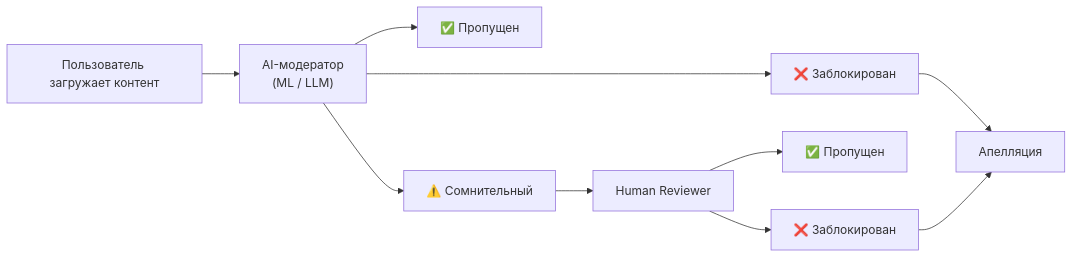
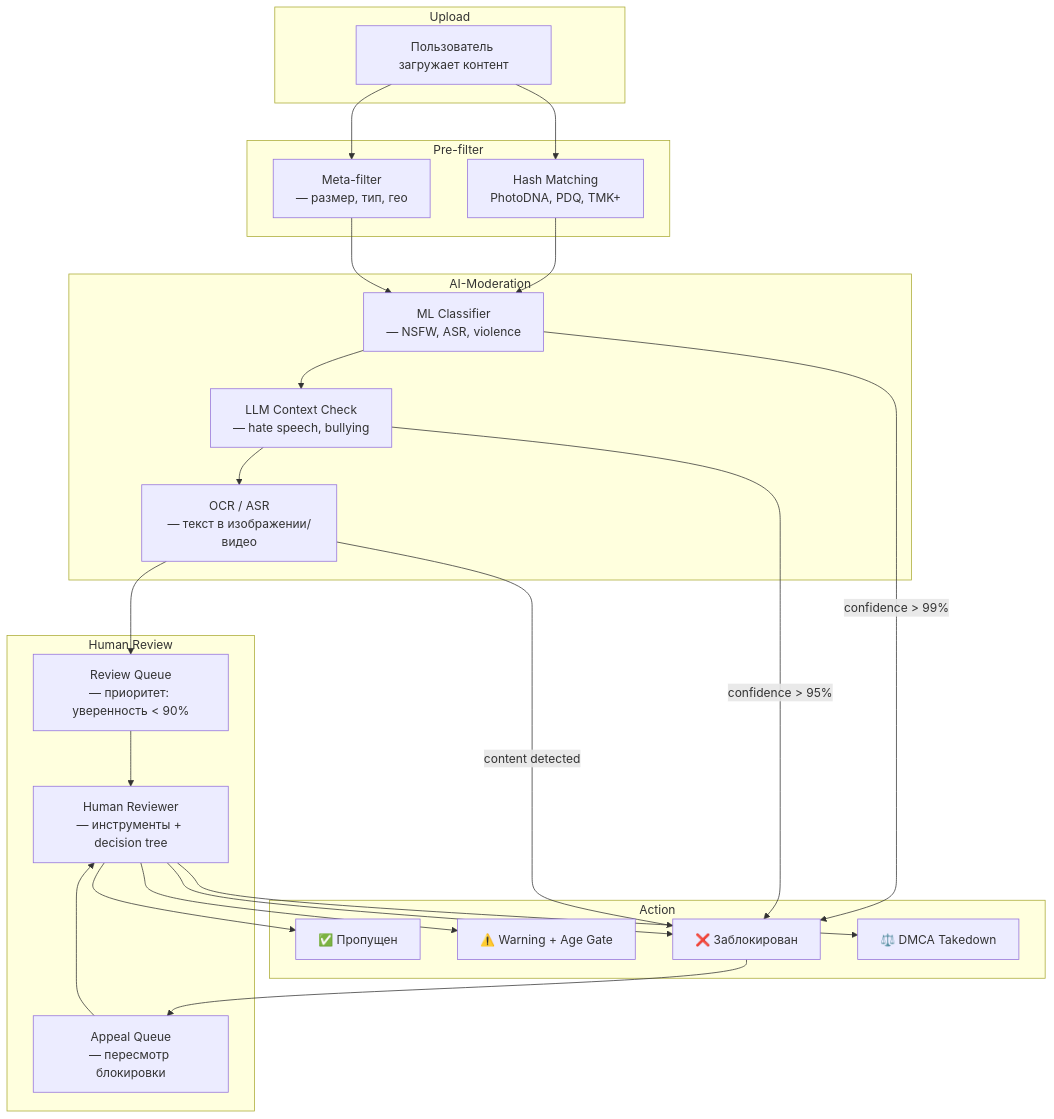
One commit to sergeyodnoval-bot/sysanalyst-kb.github.io changed the first of 2 diagrams in docs/specialization/socnet-moderation.md. Above: the diagram before and after it, drawn with Mermaid. The commit also changed other lines of this file and 12 other files, not shown here.

````diff
--- a/docs/specialization/socnet-moderation.md
+++ b/docs/specialization/socnet-moderation.md
@@ -33,12 +80,44 @@
 ```mermaid
-flowchart LR
-    CONT["Пользователь загружает контент"] --> AI["AI-модератор<br/>(ML / LLM)"]
-    AI --> PASS["✅ Пропущен"]
-    AI --> FLAG["⚠️ Сомнительный"]
-    FLAG --> HUMAN["Human Reviewer"]
-    AI --> BLOCK["❌ Заблокирован"]
-    HUMAN --> PASS2["✅ Пропущен"]
-    HUMAN --> BLOCK2["❌ Заблокирован"]
-    BLOCK --> APPEAL["Апелляция"]
-    BLOCK2 --> APPEAL
+flowchart TD
+    subgraph Upload
+        UPL["Пользователь загружает контент"]
+    end
+    subgraph Pre-filter
+        HASH["Hash Matching<br/>PhotoDNA, PDQ, TMK+"]
+        META["Meta-filter<br/>— размер, тип, гео"]
+    end
+    subgraph AI-Moderation
+        CLASS["ML Classifier<br/>— NSFW, ASR, violence"]
+        LLM["LLM Context Check<br/>— hate speech, bullying"]
+        OCR["OCR / ASR<br/>— текст в изображении/видео"]
+    end
+    subgraph Human Review
+        QUEUE["Review Queue<br/>— приоритет: уверенность < 90%"]
+        REVIEWER["Human Reviewer<br/>— инструменты + decision tree"]
+        APPEAL["Appeal Queue<br/>— пересмотр блокировки"]
+    end
+    subgraph Action
+        PASS["✅ Пропущен"]
+        WARN["⚠️ Warning + Age Gate"]
+        BLOCK["❌ Заблокирован"]
+        TAKEDOWN["⚖️ DMCA Takedown"]
+    end
+
+    UPL --> HASH
+    UPL --> META
+    HASH --> CLASS
+    META --> CLASS
+    CLASS --> LLM
+    LLM --> OCR
+    OCR --> QUEUE
+    CLASS -- "confidence > 99%" --> BLOCK
+    LLM -- "confidence > 95%" --> BLOCK
+    OCR -- "content detected" --> BLOCK
+    QUEUE --> REVIEWER
+    REVIEWER --> PASS
+    REVIEWER --> WARN
+    REVIEWER --> BLOCK
+    REVIEWER --> TAKEDOWN
+    BLOCK --> APPEAL
+    APPEAL --> REVIEWER
 ```
````
